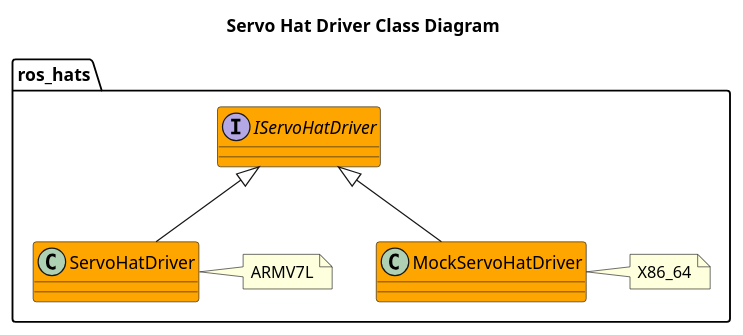
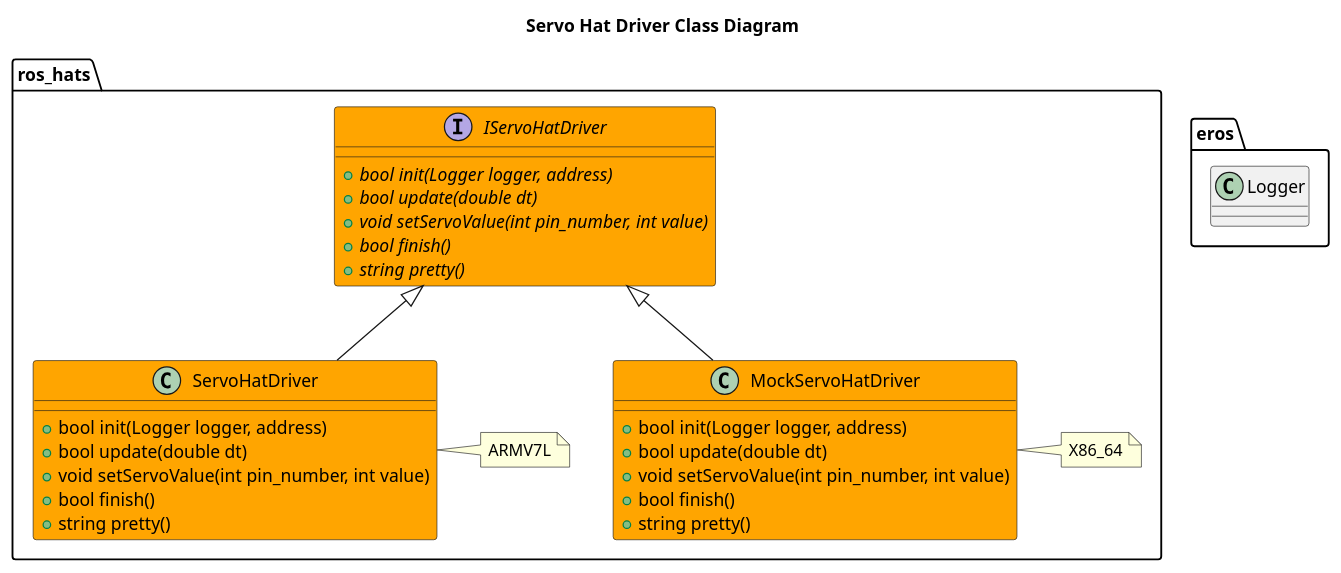
One commit to dgitz/ros_hats changed the diagram in nodes/ServoHatNode/driver/doc/ServoHatDriverClassDiagram.puml. Above: the diagram before and after it, drawn with PlantUML. The commit also changed 21 other files, not shown here.

```diff
--- a/nodes/ServoHatNode/driver/doc/ServoHatDriverClassDiagram.puml
+++ b/nodes/ServoHatNode/driver/doc/ServoHatDriverClassDiagram.puml
@@ -1,22 +1,39 @@
 @startuml
 title Servo Hat Driver Class Diagram
+package eros {
+    class Logger
+}
 namespace ros_hats{
 interface IServoHatDriver #Orange {
+    +{abstract} bool init(Logger logger, address)
+    +{abstract} bool update(double dt)
+    +{abstract} void setServoValue(int pin_number, int value)
+    +{abstract} bool finish()
+    +{abstract} string pretty()
 
 }
 class ServoHatDriver #Orange {
-
+    +bool init(Logger logger, address)
+    +bool update(double dt)
+    +void setServoValue(int pin_number, int value)
+    +bool finish()
+    +string pretty()
 }
 note right of ServoHatDriver 
 ARMV7L
 end note
 IServoHatDriver <|-- ServoHatDriver
 class MockServoHatDriver #Orange {
+    +bool init(Logger logger, address)
+    +bool update(double dt)
+    +void setServoValue(int pin_number, int value)
+    +bool finish()
+    +string pretty()
 
 }
 note right of MockServoHatDriver 
 X86_64
 end note
 IServoHatDriver <|-- MockServoHatDriver
 }
 @enduml
```
